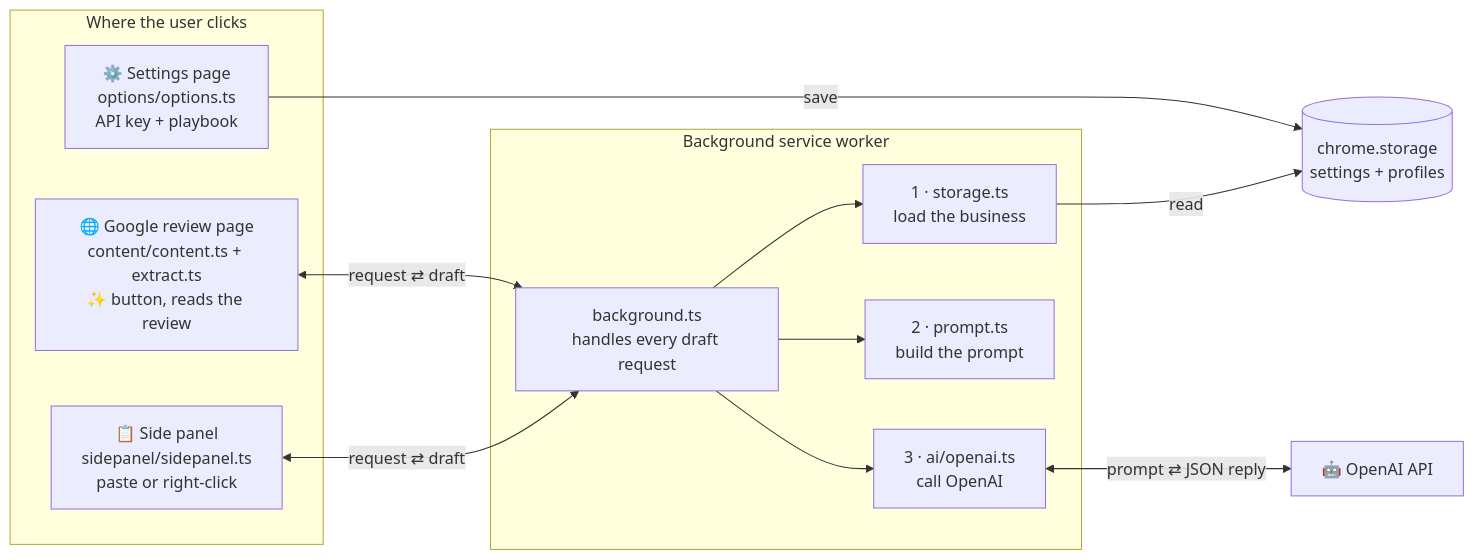
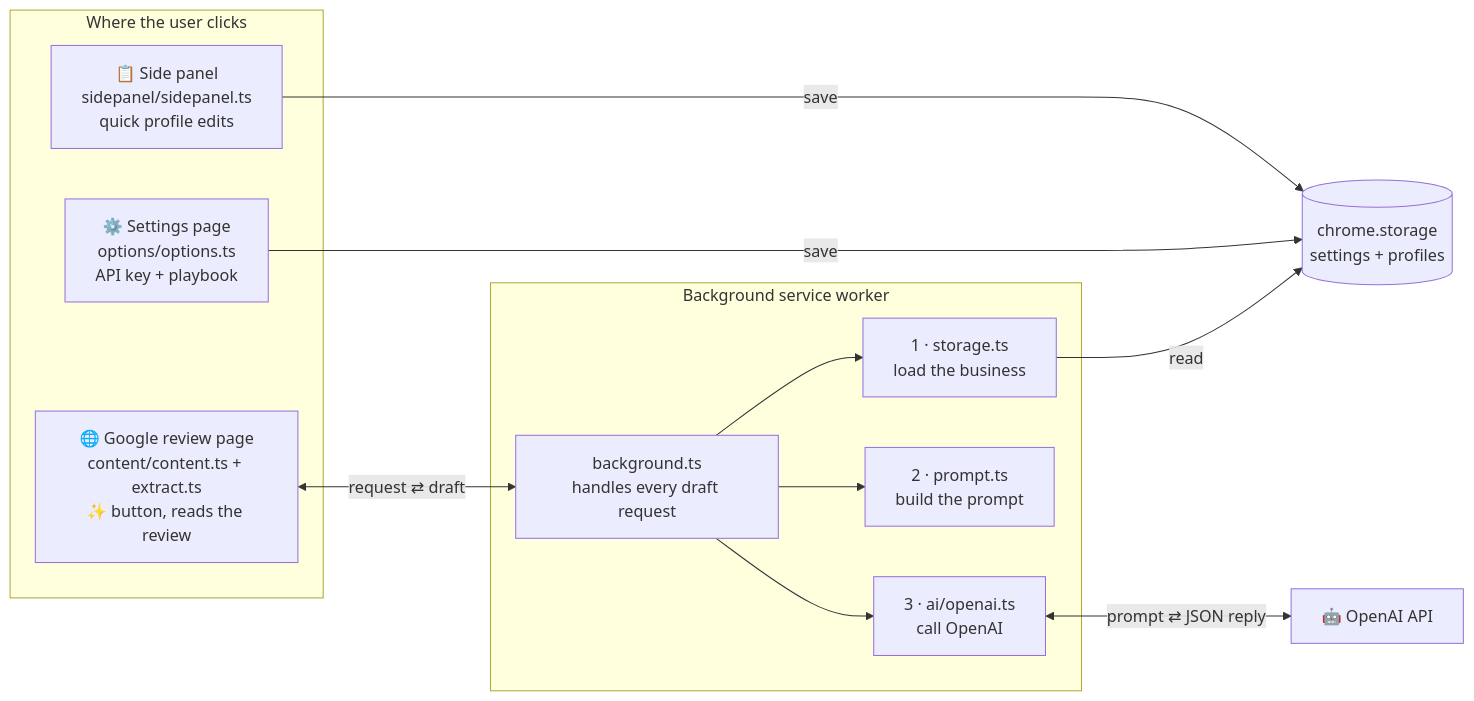
The diagram in README.md (rimakrivis/review-reply), drawn with Mermaid before and after one commit. The commit also changed other lines of this file and 15 other files, not shown here.

First line of the commit message:
Add side panel profile editor, full view and floating button

````diff
--- a/README.md
+++ b/README.md
@@ -27,27 +26,27 @@
 ```mermaid
 flowchart LR
     subgraph UI["Where the user clicks"]
         C["🌐 Google review page<br/>content/content.ts + extract.ts<br/>✨ button, reads the review"]
-        SP["📋 Side panel<br/>sidepanel/sidepanel.ts<br/>paste or right-click"]
+        SP["📋 Side panel<br/>sidepanel/sidepanel.ts<br/>quick profile edits"]
         OP["⚙️ Settings page<br/>options/options.ts<br/>API key + playbook"]
     end
 
     subgraph BG["Background service worker"]
         B["background.ts<br/>handles every draft request"]
         ST["1 · storage.ts<br/>load the business"]
         PR["2 · prompt.ts<br/>build the prompt"]
         AI["3 · ai/openai.ts<br/>call OpenAI"]
         B --> ST
         B --> PR
         B --> AI
     end
 
     DB[("chrome.storage<br/>settings + profiles")]
     O["🤖 OpenAI API"]
 
     C <-->|"request ⇄ draft"| B
-    SP <-->|"request ⇄ draft"| B
+    SP -->|save| DB
     OP -->|save| DB
     ST -->|read| DB
     AI <-->|"prompt ⇄ JSON reply"| O
 ```
````
